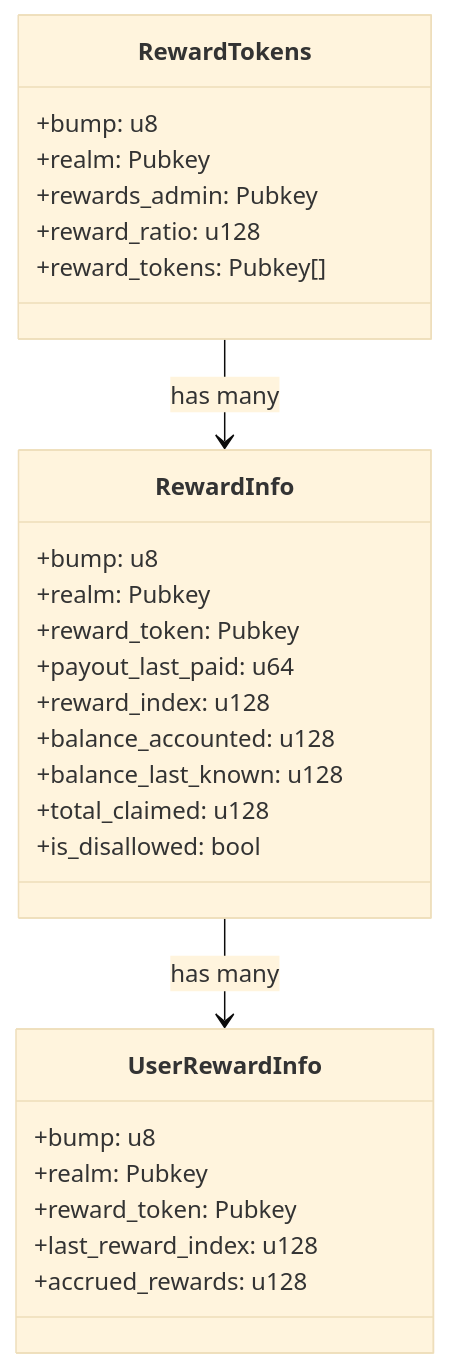
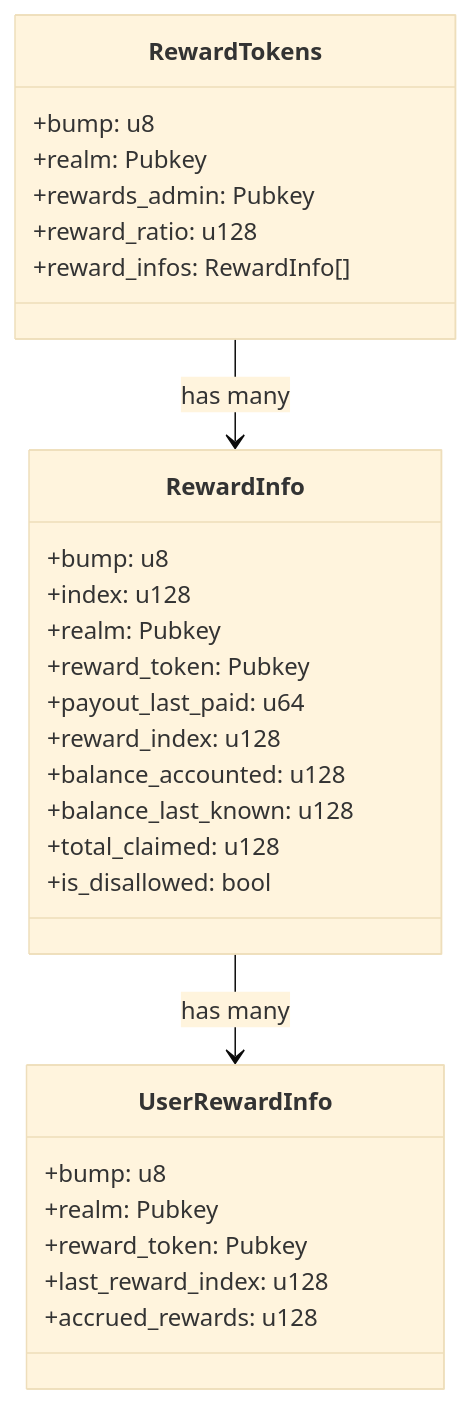
Before and after one commit to reserve-protocol/reserve-index-dtfs-solana: the fourth of 6 diagrams in README.md, drawn with Mermaid (base theme). The commit also changed other lines of this file and 21 other files, not shown here.

````diff
--- a/README.md
+++ b/README.md
@@ -557,33 +603,34 @@
 ```mermaid
 classDiagram
     class RewardTokens {
         +bump: u8
         +realm: Pubkey
         +rewards_admin: Pubkey
         +reward_ratio: u128
-        +reward_tokens: Pubkey[]
+        +reward_infos: RewardInfo[]
     }
 
     class RewardInfo {
         +bump: u8
+        +index: u128
         +realm: Pubkey
         +reward_token: Pubkey
         +payout_last_paid: u64
         +reward_index: u128
         +balance_accounted: u128
         +balance_last_known: u128
         +total_claimed: u128
         +is_disallowed: bool
     }
 
     class UserRewardInfo {
         +bump: u8
         +realm: Pubkey
         +reward_token: Pubkey
         +last_reward_index: u128
         +accrued_rewards: u128
     }
 
     RewardTokens --> RewardInfo: has many
     RewardInfo --> UserRewardInfo: has many
 ```
````
